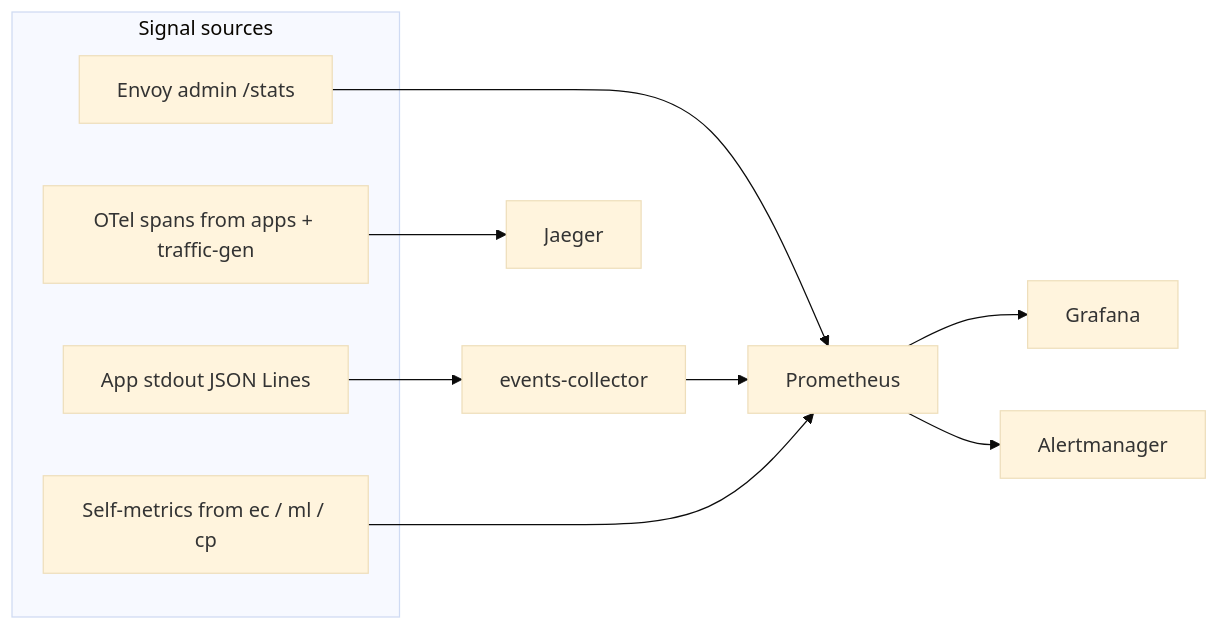
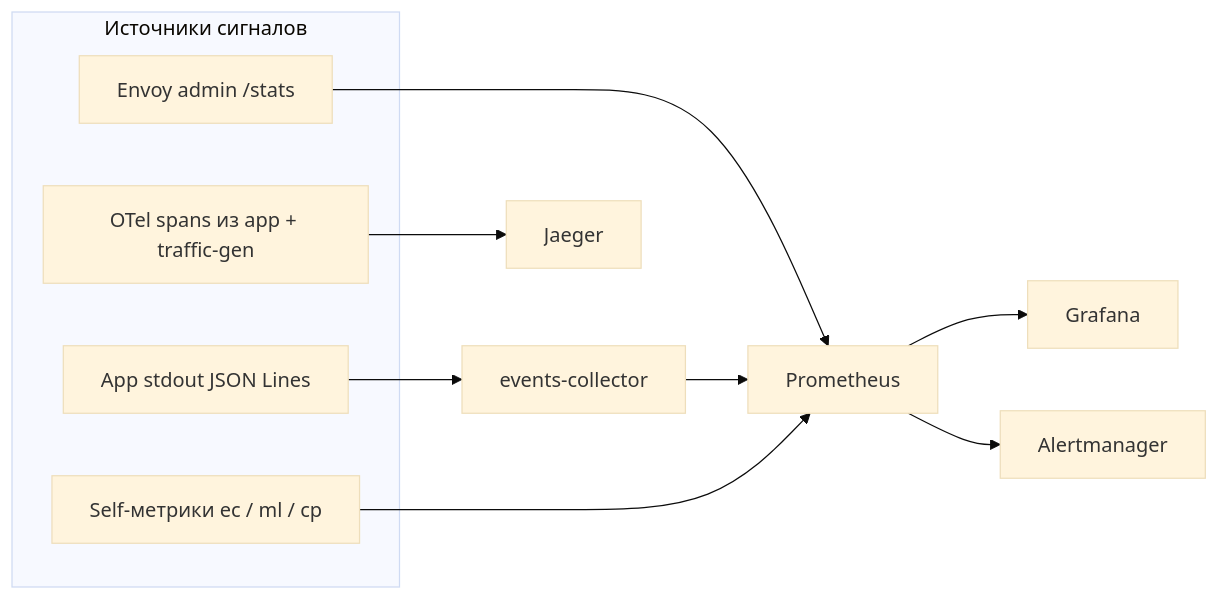
The eighth of 8 diagrams in docs/Architecture.md (MAI-RWB-Tech/geo-distributed-gateway), drawn with Mermaid (base theme) before and after one commit. The commit also changed other lines of this file and 1 other file, not shown here.

Commit message:
docs: translate README and Architecture.md to Russian

````diff
--- a/docs/Architecture.md
+++ b/docs/Architecture.md
@@ -402,17 +403,17 @@
 ```mermaid
 flowchart LR
-    subgraph signals[Signal sources]
+    subgraph signals[Источники сигналов]
         envoy_admin[Envoy admin /stats]
         app_telemetry[App stdout JSON Lines]
-        otel_traces[OTel spans from apps + traffic-gen]
-        self_metrics[Self-metrics from ec / ml / cp]
+        otel_traces[OTel spans из app + traffic-gen]
+        self_metrics[Self-метрики ec / ml / cp]
     end
 
     envoy_admin --> prom[Prometheus]
     app_telemetry --> ec[events-collector] --> prom
     self_metrics --> prom
     otel_traces --> jaeger[Jaeger]
 
     prom --> grafana[Grafana]
     prom --> alert[Alertmanager]
 ```
````
